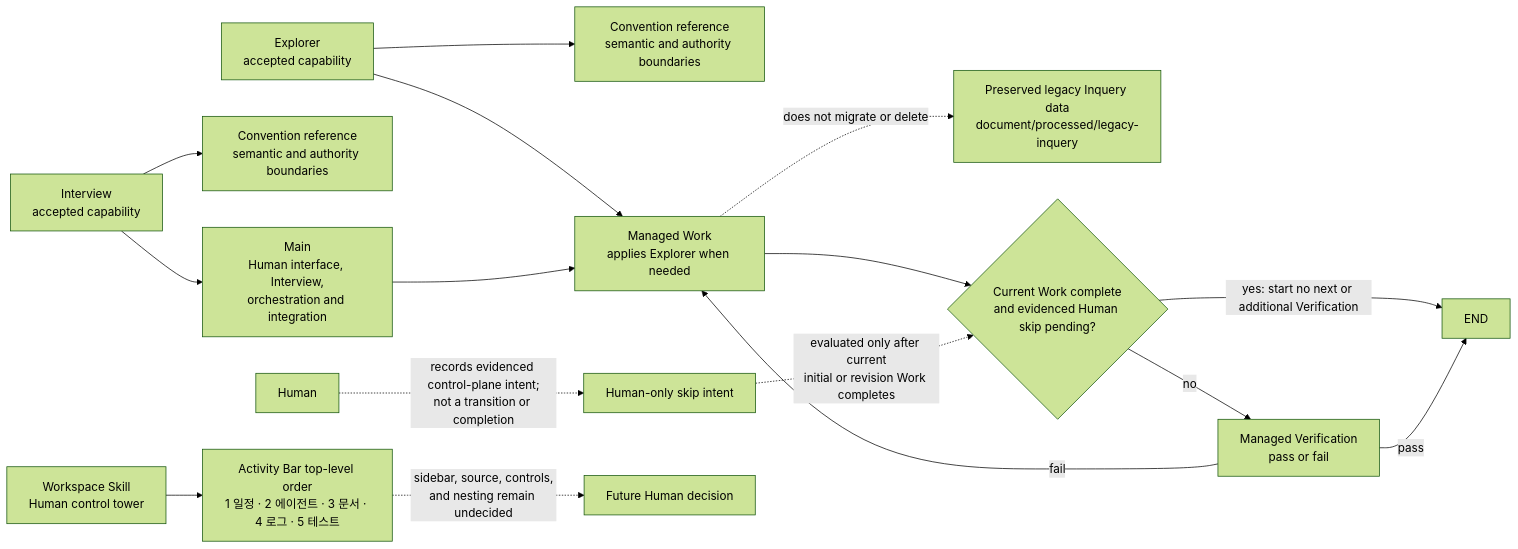
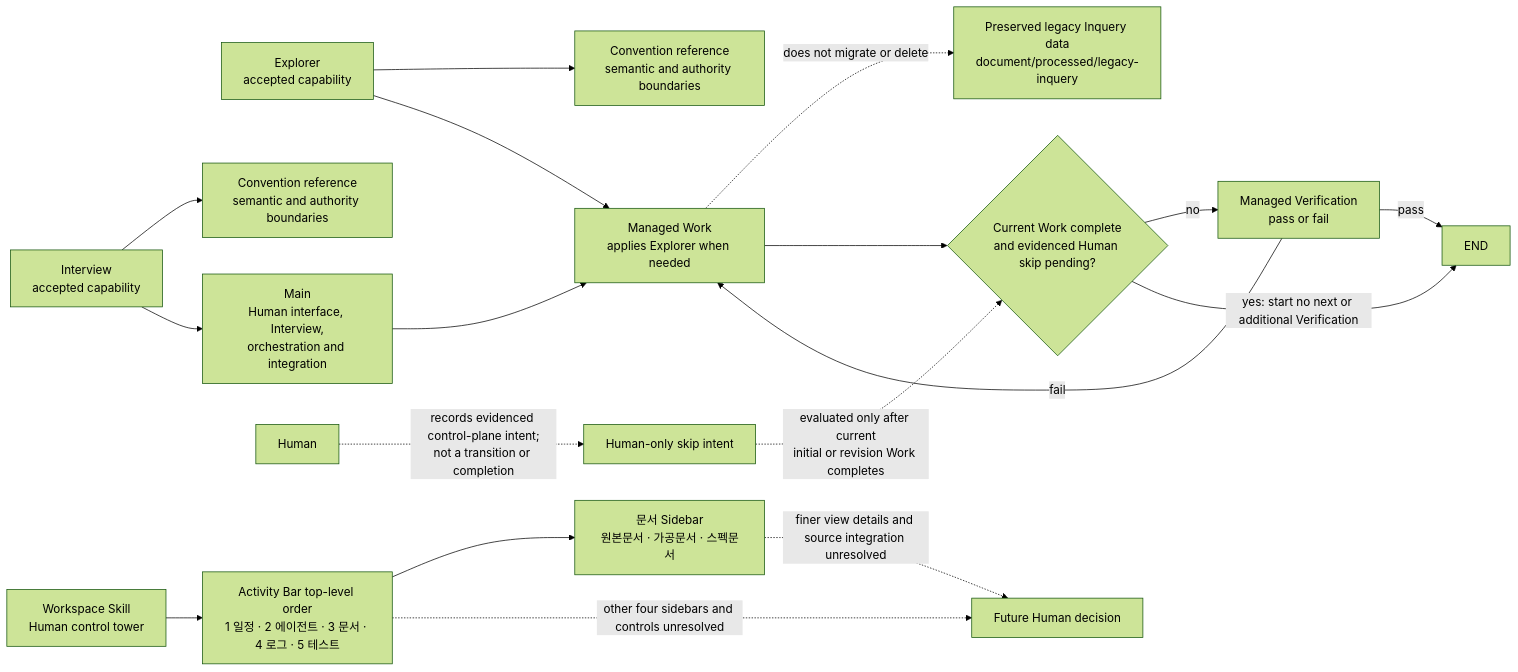
One commit to KoreanLeeChangHyun/agent-factory-codex-plugin changed the fifth of 9 diagrams in skills/convention/references/diagrams.md. Above: the diagram before and after it, drawn with Mermaid (forest theme). The commit also changed other lines of this file and 134 other files, not shown here.

````diff
--- a/skills/convention/references/diagrams.md
+++ b/skills/convention/references/diagrams.md
@@ -121,29 +124,31 @@
 ```mermaid
 flowchart LR
     accTitle: Current Agent Factory execution relationships
     accDescr: Main delegates Work, Verification returns pass or fail, and evidenced Human skip intent is applied only after current Work completes without starting another Verification.
     Explorer[Explorer<br/>accepted capability]
     ExplorerConvention[Convention reference<br/>semantic and authority boundaries]
     Legacy[Preserved legacy Inquery data<br/>document/processed/legacy-inquery]
     Work[Managed Work<br/>applies Explorer when needed]
     Explorer --> ExplorerConvention
     Explorer --> Work
     Work -. does not migrate or delete .-> Legacy
     Interview[Interview<br/>accepted capability]
     InterviewConvention[Convention reference<br/>semantic and authority boundaries]
     Main[Main<br/>Human interface, Interview,<br/>orchestration and integration]
     Verification[Managed Verification<br/>pass or fail]
     Interview --> InterviewConvention
     Interview --> Main
     Main --> Work
     Work --> SkipDecision{Current Work complete<br/>and evidenced Human skip pending?}
     Human[Human] -. records evidenced control-plane intent;<br/>not a transition or completion .-> SkipIntent[Human-only skip intent]
     SkipIntent -. evaluated only after current<br/>initial or revision Work completes .-> SkipDecision
     SkipDecision -->|no| Verification
     SkipDecision -->|yes: start no next or additional Verification| End
     Verification -->|fail| Work
     Verification -->|pass| End[END]
     Workspace[Workspace Skill<br/>Human control tower]
     Workspace --> Activities[Activity Bar top-level order<br/>1 일정 · 2 에이전트 · 3 문서 · 4 로그 · 5 테스트]
-    Activities -. sidebar, source, controls,<br/>and nesting remain undecided .-> HumanDecision[Future Human decision]
+    Activities --> DocumentSidebar[문서 Sidebar<br/>원본문서 · 가공문서 · 스펙문서]
+    DocumentSidebar -. finer view details and source integration unresolved .-> HumanDecision[Future Human decision]
+    Activities -. other four sidebars and controls unresolved .-> HumanDecision
 ```
````
